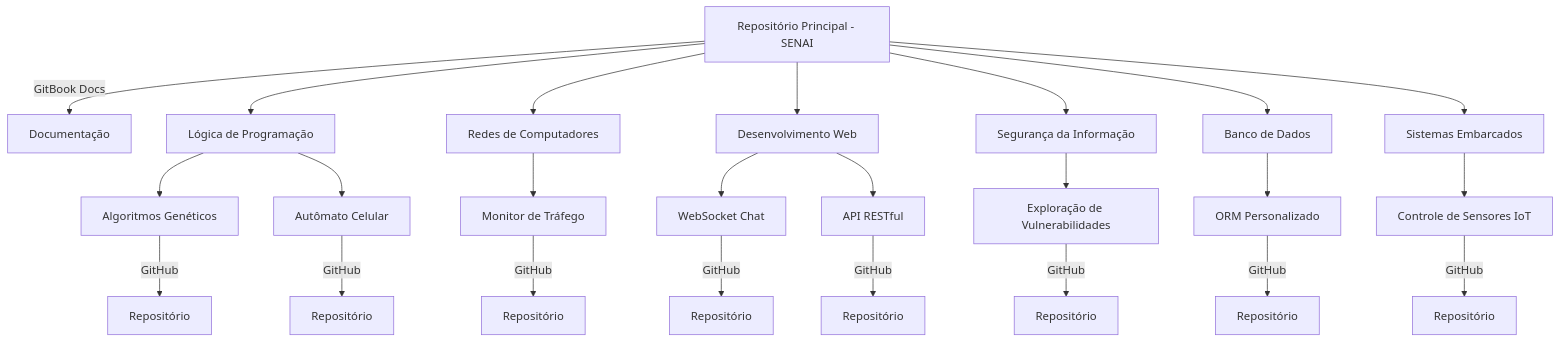
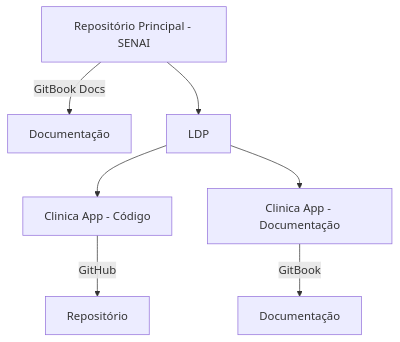
Before and after one commit to Pedro-02931/TarefasSenai: the diagram in readme.md, drawn with Mermaid. The commit also changed other lines of this file, not shown here.

Commit message:
B 03-05-2025 - Atualizado mapa - Atualizado informações de contato - Incluido caminho para atividade `lopal_clinica`

````diff
--- a/readme.md
+++ b/readme.md
@@ -33,40 +33,18 @@
 ```mermaid
-graph TD;
+graph TD
 %% Nó Principal - O Mapa Central
     A[Repositório Principal - SENAI] -->|GitBook Docs| B[Documentação]
 
 %% Matérias e seus repositórios
-    A --> C[Lógica de Programação]
-    A --> D[Redes de Computadores]
-    A --> E[Desenvolvimento Web]
-    A --> F[Segurança da Informação]
-    A --> G[Banco de Dados]
-    A --> H[Sistemas Embarcados]
+    A --> D[LDP]
 
 %% Projetos por matéria
-    C --> C1[Algoritmos Genéticos] -->|GitHub| C1_repo[Repositório]
-    C --> C2[Autômato Celular] -->|GitHub| C2_repo[Repositório]
-
-    D --> D1[Monitor de Tráfego] -->|GitHub| D1_repo[Repositório]
-
-    E --> E1[WebSocket Chat] -->|GitHub| E1_repo[Repositório]
-    E --> E2[API RESTful] -->|GitHub| E2_repo[Repositório]
-
-    F --> F1[Exploração de Vulnerabilidades] -->|GitHub| F1_repo[Repositório]
-
-    G --> G1[ORM Personalizado] -->|GitHub| G1_repo[Repositório]
-
-    H --> H1[Controle de Sensores IoT] -->|GitHub| H1_repo[Repositório]
+    D --> D1[Clinica App - Código] -->|GitHub| D1_repo[Repositório]
+    D --> D2[Clinica App - Documentação] -->|GitBook| D2_repo[Documentação]
 
 %% Links Externos para GitHub e GitBook
-    click A "https://github.com/seu_usuario/SENAI" "Ver Repositório Principal"
-    click B "https://gitbook.com/seu_usuario/SENAI" "Ver Documentação"
-    click C1_repo "https://github.com/seu_usuario/Logica_AlgoritmosGeneticos" "Abrir Projeto"
-    click C2_repo "https://github.com/seu_usuario/Logica_AutomatoCelular" "Abrir Projeto"
-    click D1_repo "https://github.com/seu_usuario/Redes_MonitorTrafego" "Abrir Projeto"
-    click E1_repo "https://github.com/seu_usuario/Web_WebSocketChat" "Abrir Projeto"
-    click E2_repo "https://github.com/seu_usuario/Web_API_RESTful" "Abrir Projeto"
-    click F1_repo "https://github.com/seu_usuario/Seguranca_ExploracaoVulnerabilidades" "Abrir Projeto"
-    click G1_repo "https://github.com/seu_usuario/BD_ORM_Personalizado" "Abrir Projeto"
-    click H1_repo "https://github.com/seu_usuario/Embarcados_ControleSensoresIoT" "Abrir Projeto"
+    click A "https://github.com/Pedro-02931" "Ver Repositório Principal"
+    click B "https://senai-1.gitbook.io/senai.org/tarefas-senai/lop" "Ver Documentação"
+    click D1_repo "https://github.com/Pedro-02931/TarefasSenai/tree/LDP.lopal_clinica" "Abrir Repositório do Projeto"
+    click D2_repo "https://senai-1.gitbook.io/senai.org/tarefas-senai/lop/clinica-app" "Abrir Documentação do Projeto"
 ```
````
